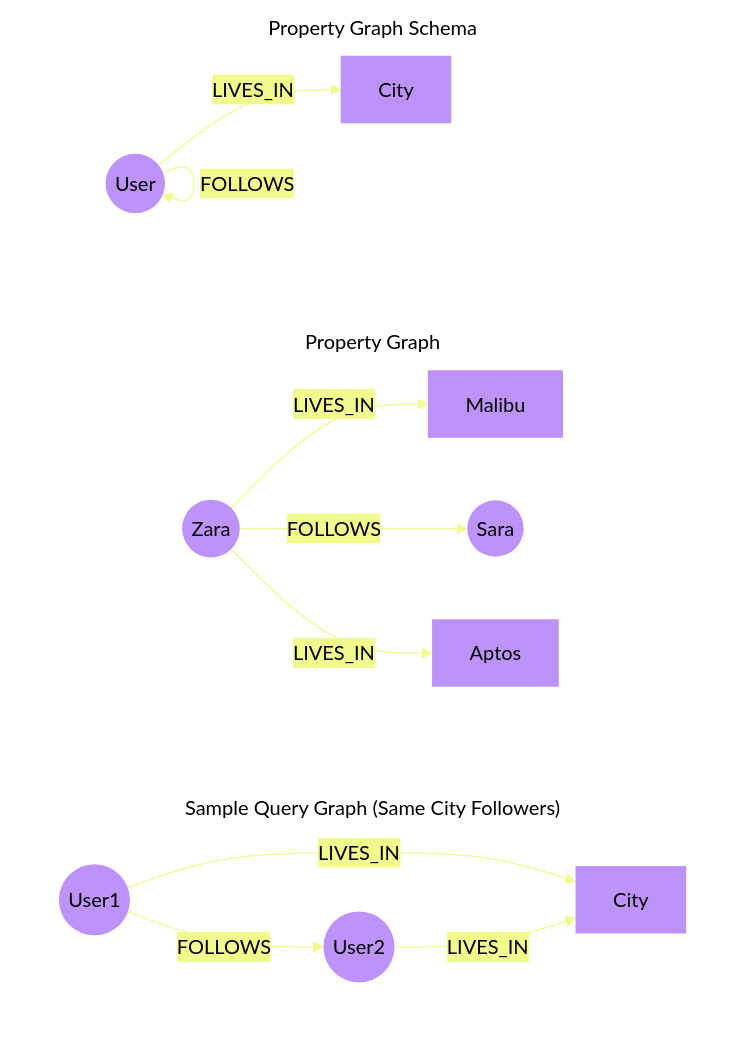
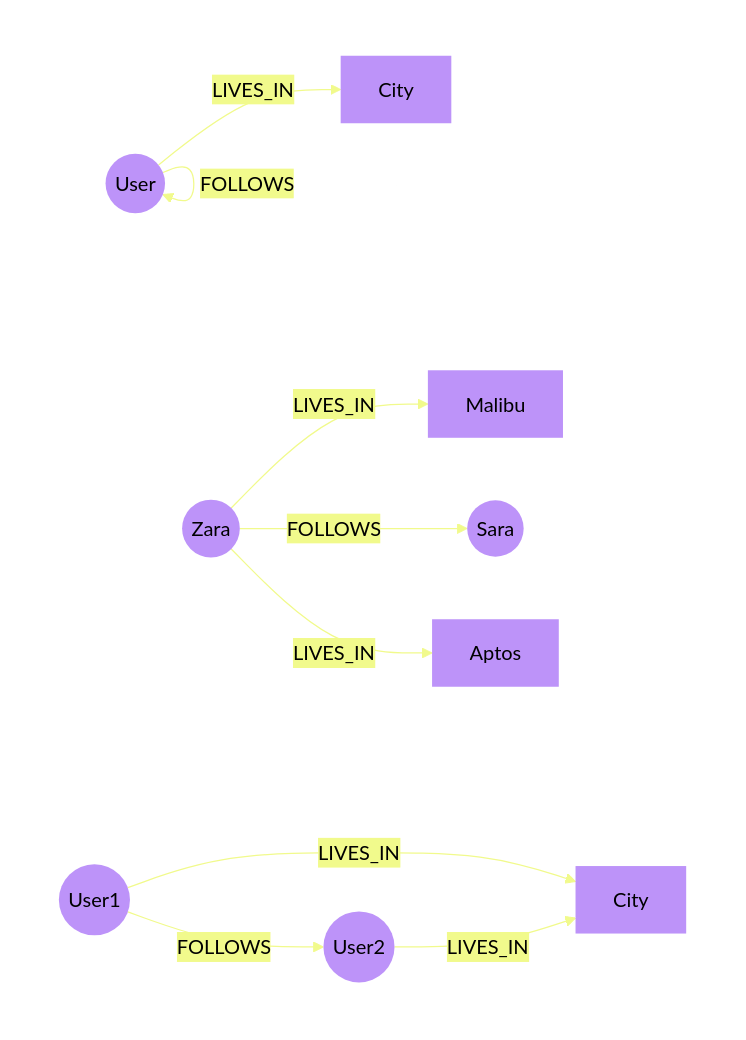
The diagram in snippets/property-graph.mdx (saqib-ali/docs), drawn with Mermaid before and after one commit.

Commit message:
Update property-graph.mdx for subgraph styling
Mintlify-Source: dashboard-editor

````diff
--- a/snippets/property-graph.mdx
+++ b/snippets/property-graph.mdx
@@ -1,60 +1,60 @@
 ```mermaid
 graph LR
 %%{init: {'theme':'base', 'themeVariables': {'lineColor':'#F1FA8C','secondaryColor':'#F1FA8C','background':'#282A36'}}}%%
 
 subgraph s3["Sample Query Graph (Same City Followers)"]
 direction LR
 
 User1@{ shape: "circle" }
 User2@{ shape: "circle" }
 City3["City"]
 
 User1 -->|FOLLOWS| User2
 User1 -->|LIVES_IN| City3
 User2 -->|LIVES_IN| City3
 end
 
 subgraph s1["Property Graph"]
 direction LR
 
 Zara@{ shape: "circle" }
 Sara@{ shape: "circle" }
 
 C1["Malibu"]
 C2["Aptos"]
 
 %% LIVES_IN relationships
 Zara -- "LIVES_IN" --> C1
 %% FOLLOWS relationships
 Zara -- "FOLLOWS" --> Sara
 Zara@{ shape: "circle" } -- "LIVES_IN" --> C2
 
 
 
 end
 
 subgraph s2["Property Graph Schema"]
 direction LR
 
 User@{ shape: "circle" }
 City["City"]
 
 User@{ label: "User" } -->|"LIVES_IN"| City
 User -- FOLLOWS --> User
 
 end
 
 
 classDef nodes fill:#BD93F9,stroke-width:0px, color:#000000
 class User1,User2,User,U1,U2,Zara,Sara nodes
 
 
 classDef cities fill:#BD93F9,stroke-width:0px
 class City,C1,C2,City3 cities
 
-classDef subgraphs fill:transparent,stroke-width:0px
+classDef subgraphs fill:transparent,stroke-width:0px,color:#fff
 class s1,s2,s3 subgraphs
 
 
 
 ```
````
